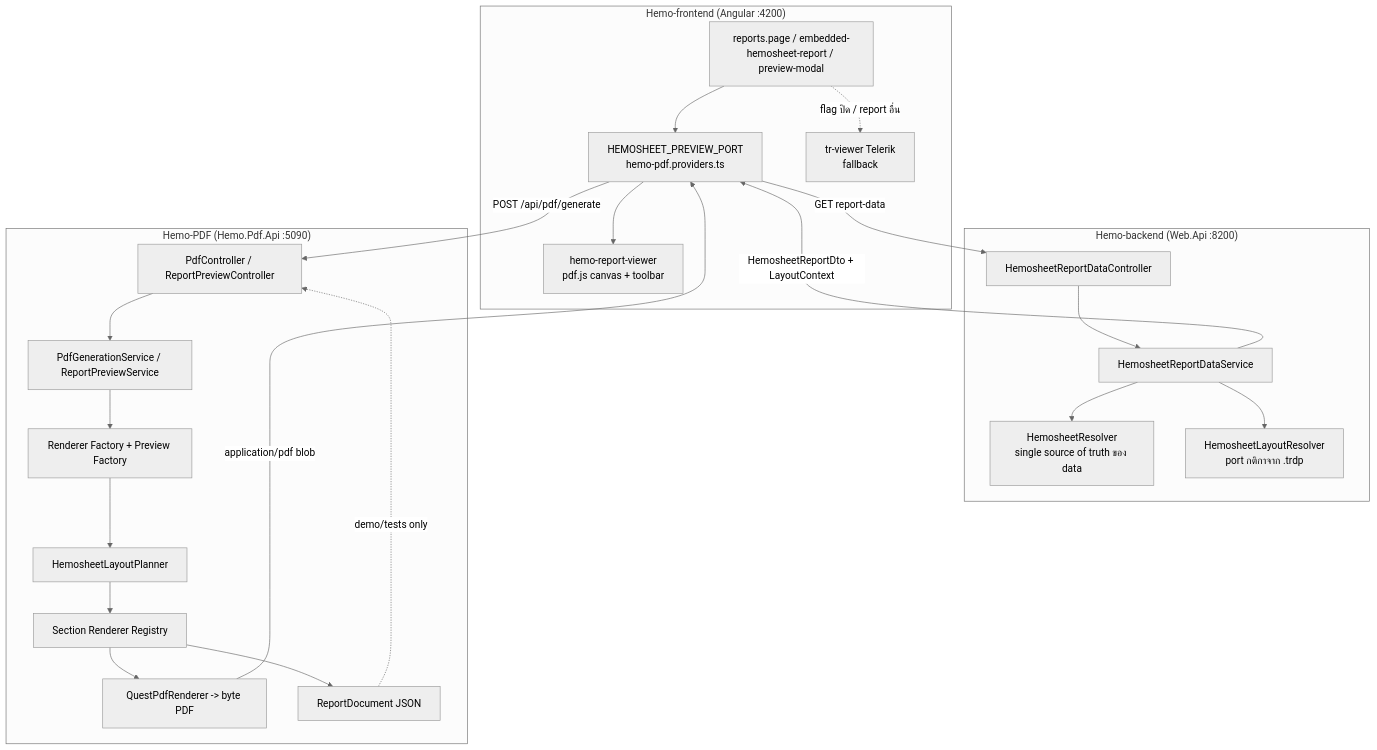
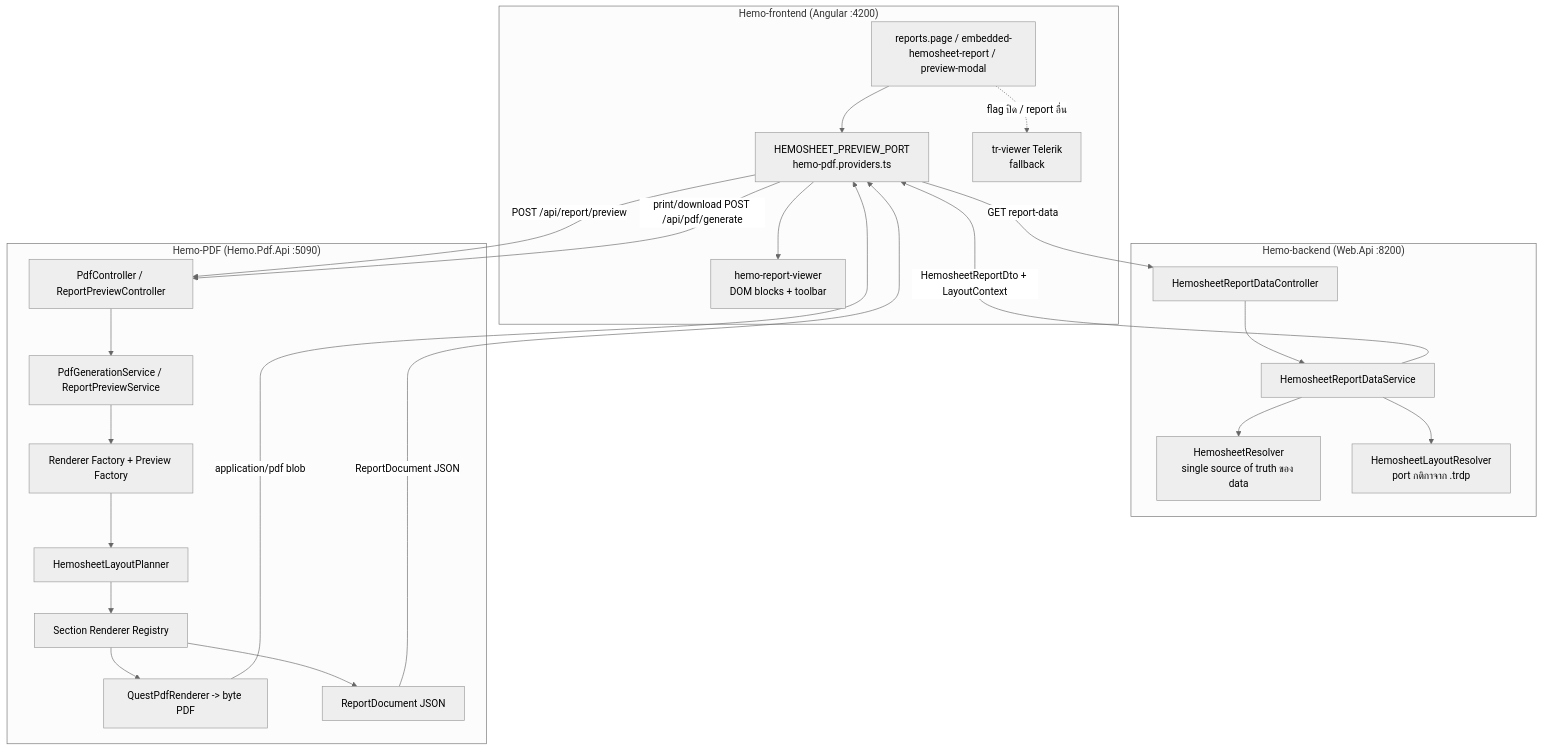
One commit to sirapope-good/hemo-pdf changed the first of 2 diagrams in .cursor/docs/PDF-REPORT-SYSTEM.md. Above: the diagram before and after it, drawn with Mermaid (neutral theme). The commit also changed other lines of this file and 25 other files, not shown here.

Commit message:
feature: restore DOM ReportDocument preview viewer with zoom scroll and reload

````diff
--- a/.cursor/docs/PDF-REPORT-SYSTEM.md
+++ b/.cursor/docs/PDF-REPORT-SYSTEM.md
@@ -49,40 +49,41 @@
 ```mermaid
 flowchart TB
     subgraph FE["Hemo-frontend (Angular :4200)"]
         RP[reports.page / embedded-hemosheet-report / preview-modal]
         PORT[HEMOSHEET_PREVIEW_PORT<br/>hemo-pdf.providers.ts]
-        VIEW[hemo-report-viewer<br/>pdf.js canvas + toolbar]
+        VIEW[hemo-report-viewer<br/>DOM blocks + toolbar]
         TELERIK[tr-viewer Telerik<br/>fallback]
     end
 
     subgraph BE["Hemo-backend (Web.Api :8200)"]
         CTRL[HemosheetReportDataController]
         SVC[HemosheetReportDataService]
         RES[HemosheetResolver<br/>single source of truth ของ data]
         LAYRES[HemosheetLayoutResolver<br/>port กติกาจาก .trdp]
     end
 
     subgraph PDF["Hemo-PDF (Hemo.Pdf.Api :5090)"]
         API[PdfController / ReportPreviewController]
         APP[PdfGenerationService / ReportPreviewService]
         FAC[Renderer Factory + Preview Factory]
         PLAN[HemosheetLayoutPlanner]
         REN[Section Renderer Registry]
         QP[QuestPdfRenderer -> byte PDF]
         DOC[ReportDocument JSON]
     end
 
     RP --> PORT
     PORT -->|GET report-data| CTRL
     CTRL --> SVC --> RES
     SVC --> LAYRES
     SVC -->|HemosheetReportDto + LayoutContext| PORT
-    PORT -->|POST /api/pdf/generate| API
+    PORT -->|POST /api/report/preview| API
+    PORT -->|print/download POST /api/pdf/generate| API
     API --> APP --> FAC --> PLAN --> REN
     REN --> QP
     REN --> DOC
+    DOC -->|ReportDocument JSON| PORT
     QP -->|application/pdf blob| PORT
     PORT --> VIEW
-    DOC -.->|demo/tests only| API
     RP -.->|flag ปิด / report อื่น| TELERIK
 ```
````
